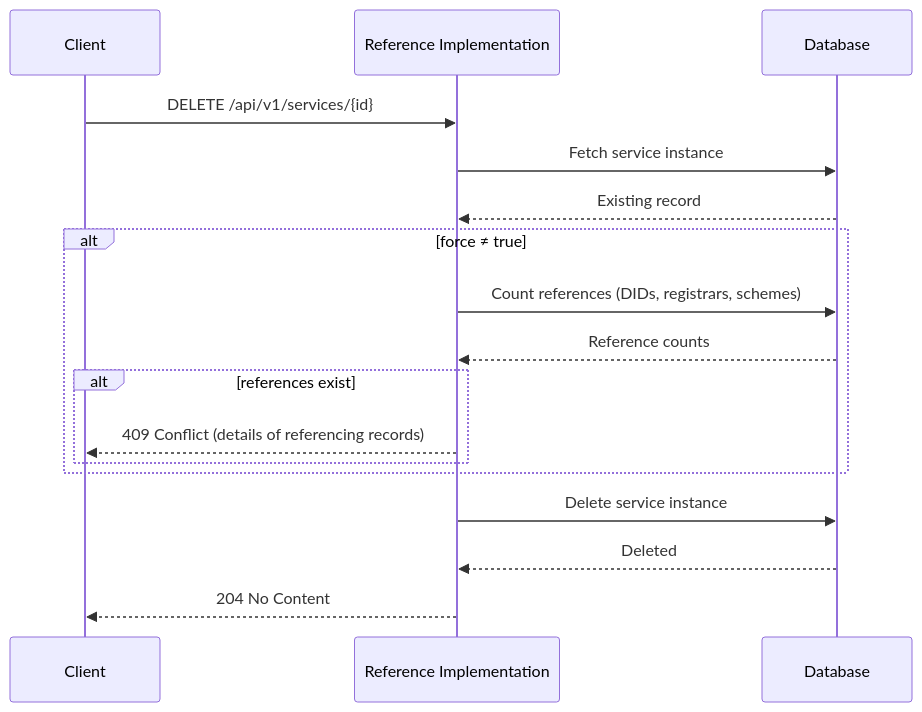
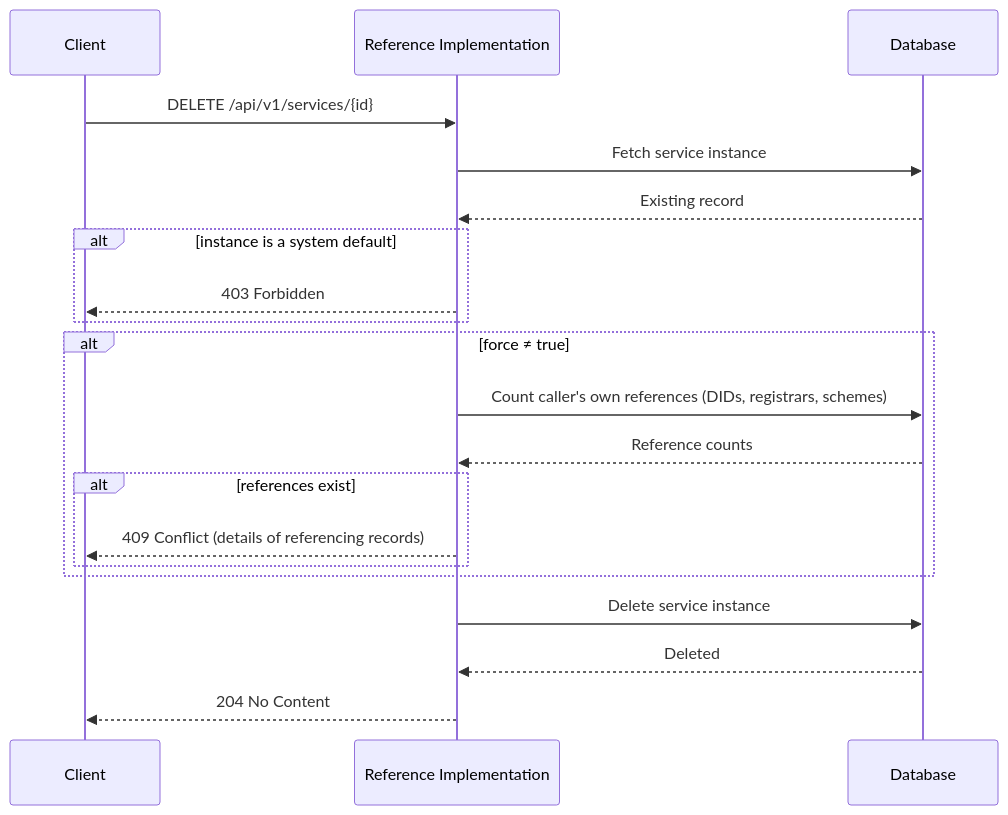
One commit to uncefact/tests-untp changed the fourth of 4 diagrams in documentation/docs/reference-implementation/api/services.md. Above: the diagram before and after it, drawn with Mermaid. The commit also changed other lines of this file and 17 other files, not shown here.

````diff
--- a/documentation/docs/reference-implementation/api/services.md
+++ b/documentation/docs/reference-implementation/api/services.md
@@ -180,20 +180,23 @@
 ```mermaid
 sequenceDiagram
     participant Client
     participant RI as Reference Implementation
     participant DB as Database
 
     Client->>RI: DELETE /api/v1/services/{id}
     RI->>DB: Fetch service instance
     DB-->>RI: Existing record
+    alt instance is a system default
+        RI-->>Client: 403 Forbidden
+    end
     alt force ≠ true
-        RI->>DB: Count references (DIDs, registrars, schemes)
+        RI->>DB: Count caller's own references (DIDs, registrars, schemes)
         DB-->>RI: Reference counts
         alt references exist
             RI-->>Client: 409 Conflict (details of referencing records)
         end
     end
     RI->>DB: Delete service instance
     DB-->>RI: Deleted
     RI-->>Client: 204 No Content
 ```
````
